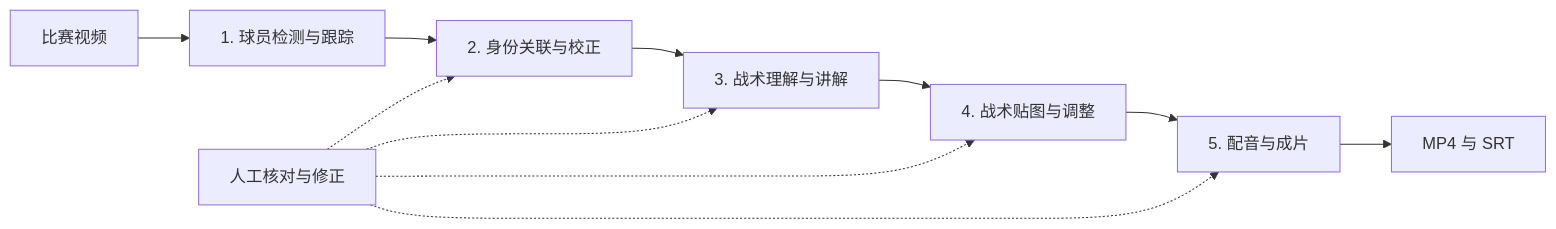
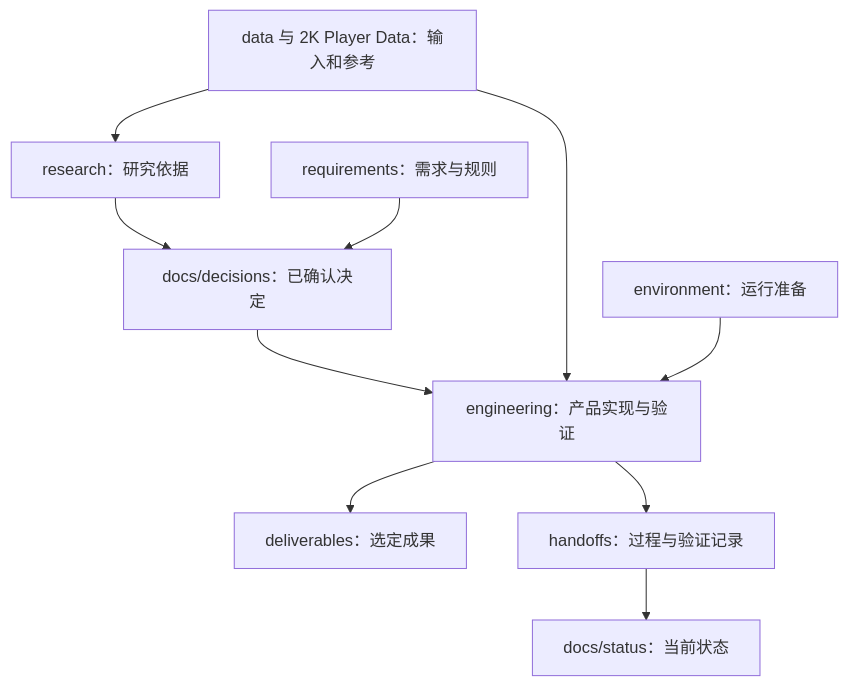
The diagram in README.md (Linzeyu912/courtstory), drawn with Mermaid before and after one commit. The commit also changed other lines of this file and 24 other files, not shown here.

````diff
--- a/README.md
+++ b/README.md
@@ -70,13 +39,12 @@
 ```mermaid
-flowchart LR
-    V[比赛视频] --> A[1. 球员检测与跟踪]
-    A --> B[2. 身份关联与校正]
-    B --> C[3. 战术理解与讲解]
-    C --> D[4. 战术贴图与调整]
-    D --> E[5. 配音与成片]
-    E --> O[MP4 与 SRT]
-    H[人工核对与修正] -.-> B
-    H -.-> C
-    H -.-> D
-    H -.-> E
+flowchart TD
+    R[research：研究依据] --> D[docs/decisions：已确认决定]
+    Q[requirements：需求与规则] --> D
+    D --> E[engineering：产品实现与验证]
+    V[data 与 2K Player Data：输入和参考] --> E
+    V --> R
+    N[environment：运行准备] --> E
+    E --> O[deliverables：选定成果]
+    E --> H[handoffs：过程与验证记录]
+    H --> S[docs/status：当前状态]
 ```
````
